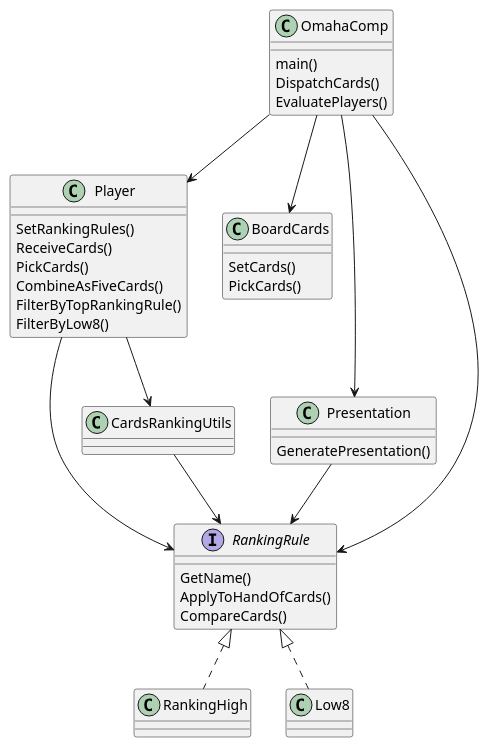
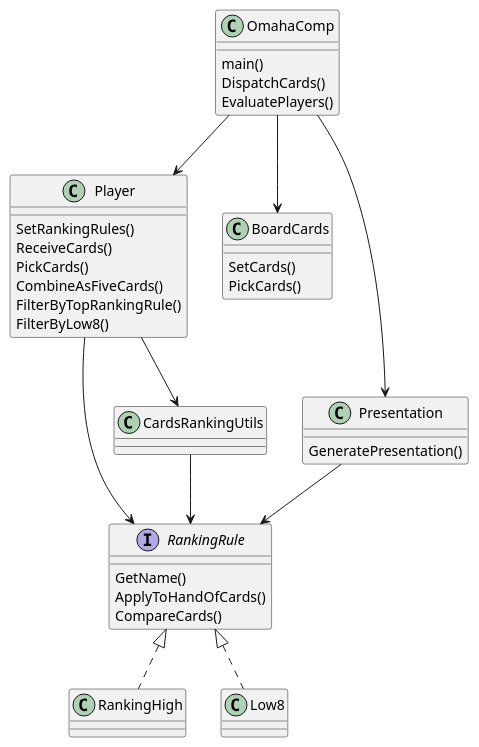
Before and after one commit to JohayLee/OmahaHiLo: the diagram in doc/OmahaCompCD.pu, drawn with PlantUML. The commit also changed 1 other file, not shown here.

Commit message:
Minor update to the OmahaComp class diagram.

```diff
--- a/doc/OmahaCompCD.pu
+++ b/doc/OmahaCompCD.pu
@@ -1,50 +1,49 @@
 @startuml OmahaHiLo_CD
 
 show methods
 show fields
 
 class OmahaComp {
     main()
     DispatchCards()
     EvaluatePlayers()
 }
 class Player {
     SetRankingRules()
     ReceiveCards()
     PickCards()
     CombineAsFiveCards()
     FilterByTopRankingRule()
     FilterByLow8()
 
 }
 class BoardCards {
     SetCards()
     PickCards()
 }
 class Presentation {
     GeneratePresentation()
 }
 
 interface RankingRule {
     GetName()
     ApplyToHandOfCards()
     CompareCards()
 }
 
 
 
 class CardsRankingUtils{
 
 }
 
 OmahaComp-->Player
 OmahaComp-->BoardCards
 OmahaComp-->Presentation
-OmahaComp-->RankingRule
 Player-->RankingRule
 Presentation-->RankingRule
 CardsRankingUtils-->RankingRule
 Player-->CardsRankingUtils
 RankingRule<|.. RankingHigh
 RankingRule<|.. Low8
 @enduml
```
